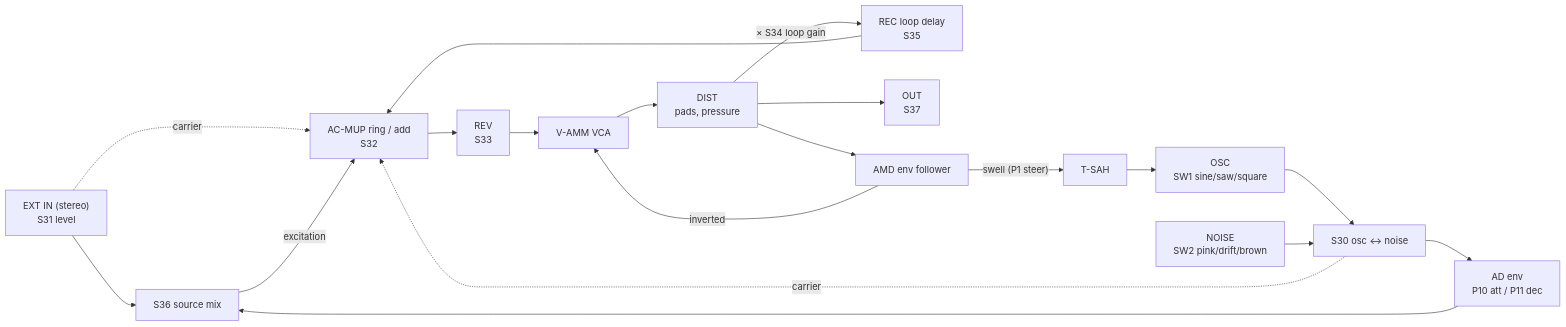
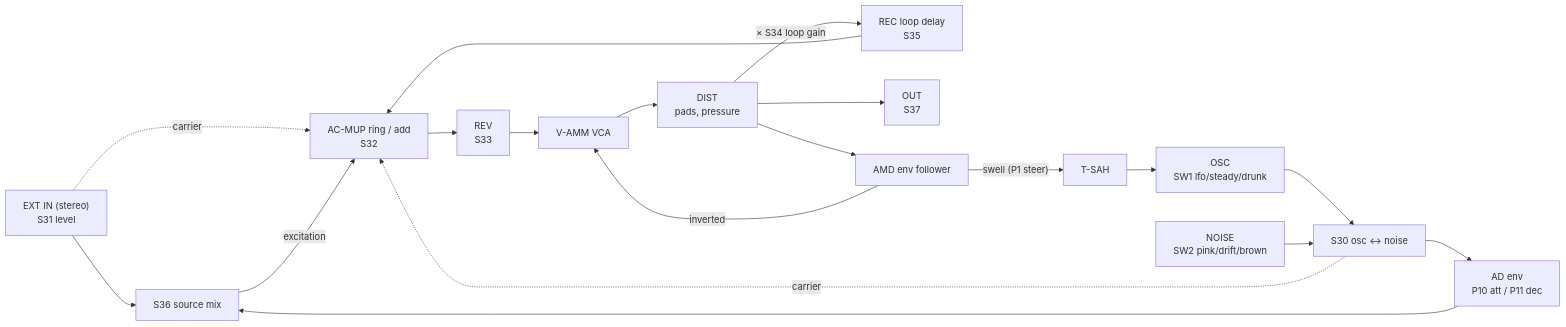
One commit to jonwaterschoot/TouchVink changed the diagram in README.md. Above: the diagram before and after it, drawn with Mermaid. The commit also changed other lines of this file and 64 other files, not shown here.

````diff
--- a/README.md
+++ b/README.md
@@ -11,16 +13,16 @@
 ```mermaid
 flowchart LR
     EXT["EXT IN (stereo)<br/>S31 level"] --> MIX
-    OSC["OSC<br/>SW1 sine/saw/square"] --> BAL["S30 osc ↔ noise"]
+    OSC["OSC<br/>SW1 lfo/steady/drunk"] --> BAL["S30 osc ↔ noise"]
     NOISE["NOISE<br/>SW2 pink/drift/brown"] --> BAL
     BAL --> AD["AD env<br/>P10 att / P11 dec"] --> MIX["S36 source mix"]
     BAL -. carrier .-> RING
     EXT -. carrier .-> RING
     MIX -- excitation --> RING
     DEL["REC loop delay<br/>S35"] --> RING["AC-MUP ring / add<br/>S32"]
     RING --> REV["REV<br/>S33"] --> VCA["V-AMM VCA"]
     VCA --> DIST["DIST<br/>pads, pressure"] --> OUT["OUT<br/>S37"]
     DIST --> ENV["AMD env follower"] -- inverted --> VCA
     DIST -- "× S34 loop gain" --> DEL
     ENV -- "swell (P1 steer)" --> SAH["T-SAH"] --> OSC
 ```
````
